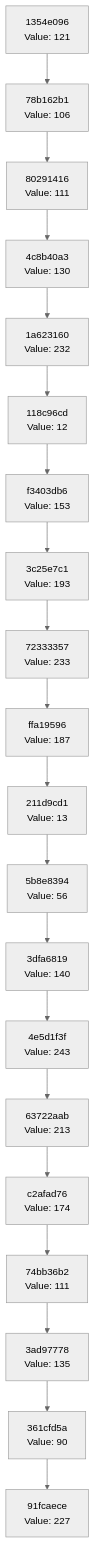
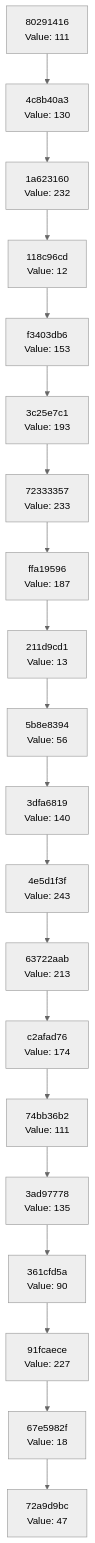
The diagram in docs/CHAIN_VISUALIZATION.md (Abhisheksinha1506/hash-chain-evolver), drawn with Mermaid (neutral theme) before and after one commit. The commit also changed 1 other file, not shown here.

Commit message:
Evolution step: hash 0x2F → action executed

````diff
--- a/docs/CHAIN_VISUALIZATION.md
+++ b/docs/CHAIN_VISUALIZATION.md
@@ -3,42 +3,42 @@
 ```mermaid
 graph TD
-    C0["91fcaece<br/>Value: 227"]
-    C1["361cfd5a<br/>Value: 90"]
+    C0["72a9d9bc<br/>Value: 47"]
+    C1["67e5982f<br/>Value: 18"]
     C1 --> C0
-    C2["3ad97778<br/>Value: 135"]
+    C2["91fcaece<br/>Value: 227"]
     C2 --> C1
-    C3["74bb36b2<br/>Value: 111"]
+    C3["361cfd5a<br/>Value: 90"]
     C3 --> C2
-    C4["c2afad76<br/>Value: 174"]
+    C4["3ad97778<br/>Value: 135"]
     C4 --> C3
-    C5["63722aab<br/>Value: 213"]
+    C5["74bb36b2<br/>Value: 111"]
     C5 --> C4
-    C6["4e5d1f3f<br/>Value: 243"]
+    C6["c2afad76<br/>Value: 174"]
     C6 --> C5
-    C7["3dfa6819<br/>Value: 140"]
+    C7["63722aab<br/>Value: 213"]
     C7 --> C6
-    C8["5b8e8394<br/>Value: 56"]
+    C8["4e5d1f3f<br/>Value: 243"]
     C8 --> C7
-    C9["211d9cd1<br/>Value: 13"]
+    C9["3dfa6819<br/>Value: 140"]
     C9 --> C8
-    C10["ffa19596<br/>Value: 187"]
+    C10["5b8e8394<br/>Value: 56"]
     C10 --> C9
-    C11["72333357<br/>Value: 233"]
+    C11["211d9cd1<br/>Value: 13"]
     C11 --> C10
-    C12["3c25e7c1<br/>Value: 193"]
+    C12["ffa19596<br/>Value: 187"]
     C12 --> C11
-    C13["f3403db6<br/>Value: 153"]
+    C13["72333357<br/>Value: 233"]
     C13 --> C12
-    C14["118c96cd<br/>Value: 12"]
+    C14["3c25e7c1<br/>Value: 193"]
     C14 --> C13
-    C15["1a623160<br/>Value: 232"]
+    C15["f3403db6<br/>Value: 153"]
     C15 --> C14
-    C16["4c8b40a3<br/>Value: 130"]
+    C16["118c96cd<br/>Value: 12"]
     C16 --> C15
-    C17["80291416<br/>Value: 111"]
+    C17["1a623160<br/>Value: 232"]
     C17 --> C16
-    C18["78b162b1<br/>Value: 106"]
+    C18["4c8b40a3<br/>Value: 130"]
     C18 --> C17
-    C19["1354e096<br/>Value: 121"]
+    C19["80291416<br/>Value: 111"]
     C19 --> C18
 ```
````
